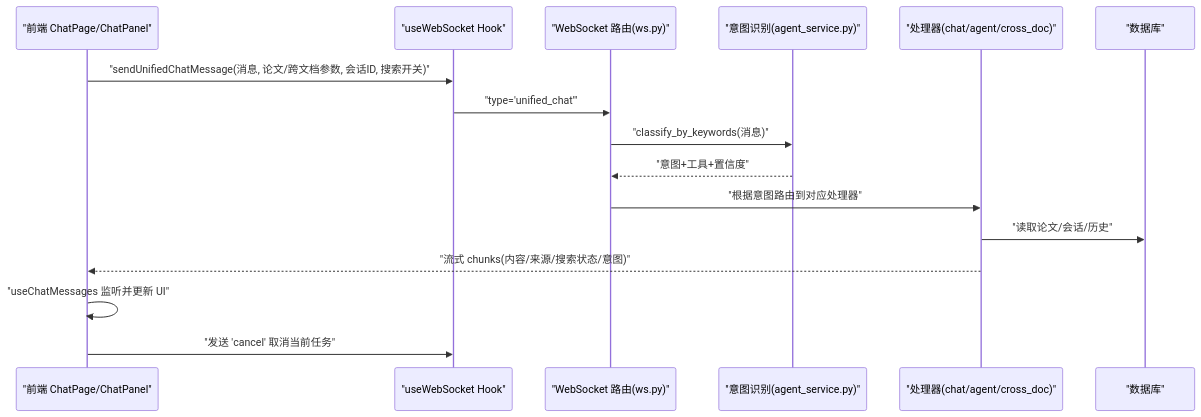
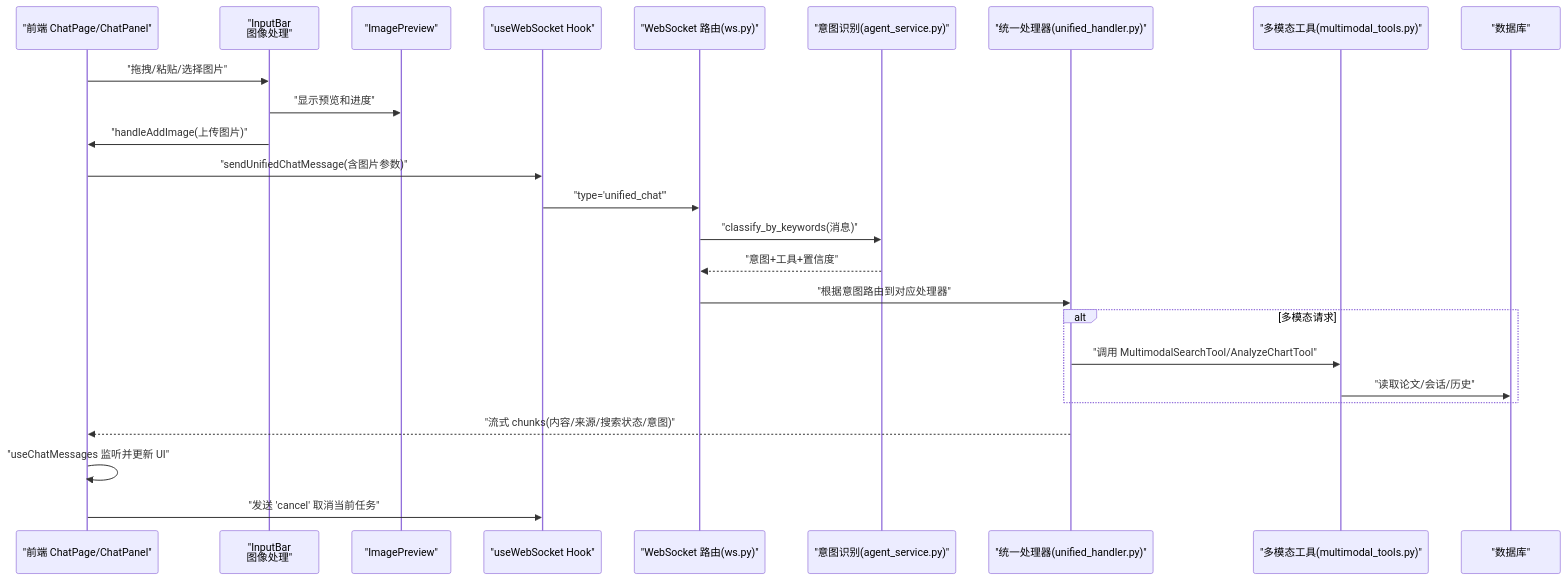
The second of 6 diagrams in .qoder/repowiki/zh/content/前端系统/页面组件/聊天页面.md (laohanhahaha/PaperChat), drawn with Mermaid before and after one commit. The commit also changed other lines of this file and 185 other files, not shown here.

````diff
--- a/.qoder/repowiki/zh/content/前端系统/页面组件/聊天页面.md
+++ b/.qoder/repowiki/zh/content/前端系统/页面组件/聊天页面.md
@@ -140,18 +176,27 @@
 ```mermaid
 sequenceDiagram
 participant FE as "前端 ChatPage/ChatPanel"
+participant IB as "InputBar<br/>图像处理"
+participant IP as "ImagePreview"
 participant WS as "useWebSocket Hook"
 participant SRV as "WebSocket 路由(ws.py)"
 participant INT as "意图识别(agent_service.py)"
-participant H as "处理器(chat/agent/cross_doc)"
+participant UH as "统一处理器(unified_handler.py)"
+participant MT as "多模态工具(multimodal_tools.py)"
 participant DB as "数据库"
-FE->>WS : "sendUnifiedChatMessage(消息, 论文/跨文档参数, 会话ID, 搜索开关)"
+FE->>IB : "拖拽/粘贴/选择图片"
+IB->>IP : "显示预览和进度"
+IB->>FE : "handleAddImage(上传图片)"
+FE->>WS : "sendUnifiedChatMessage(含图片参数)"
 WS->>SRV : "type='unified_chat'"
 SRV->>INT : "classify_by_keywords(消息)"
 INT-->>SRV : "意图+工具+置信度"
-SRV->>H : "根据意图路由到对应处理器"
-H->>DB : "读取论文/会话/历史"
-H-->>FE : "流式 chunks(内容/来源/搜索状态/意图)"
+SRV->>UH : "根据意图路由到对应处理器"
+alt 多模态请求
+UH->>MT : "调用 MultimodalSearchTool/AnalyzeChartTool"
+MT->>DB : "读取论文/会话/历史"
+end
+UH-->>FE : "流式 chunks(内容/来源/搜索状态/意图)"
 FE->>FE : "useChatMessages 监听并更新 UI"
 FE->>WS : "发送 'cancel' 取消当前任务"
 ```
````
